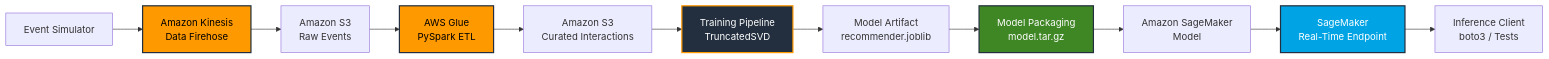
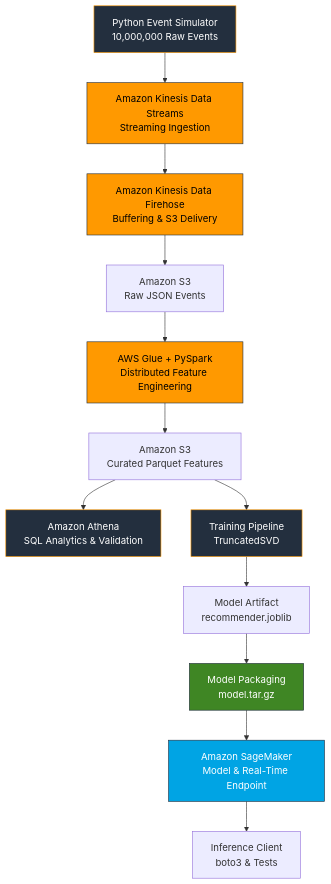
Before and after one commit to mismael04/streaming-ecommerce-recommendation-ml: the diagram in README.md, drawn with Mermaid. The commit also changed other lines of this file and 10 other files, not shown here.

````diff
--- a/README.md
+++ b/README.md
@@ -13,24 +11,28 @@
 ```mermaid
-graph LR
+graph TD
+    A["Python Event Simulator<br/>10,000,000 Raw Events"]
+    B["Amazon Kinesis Data Streams<br/>Streaming Ingestion"]
+    C["Amazon Kinesis Data Firehose<br/>Buffering & S3 Delivery"]
+    D["Amazon S3<br/>Raw JSON Events"]
+    E["AWS Glue + PySpark<br/>Distributed Feature Engineering"]
+    F["Amazon S3<br/>Curated Parquet Features"]
+    G["Amazon Athena<br/>SQL Analytics & Validation"]
+    H["Training Pipeline<br/>TruncatedSVD"]
+    I["Model Artifact<br/>recommender.joblib"]
+    J["Model Packaging<br/>model.tar.gz"]
+    K["Amazon SageMaker<br/>Model & Real-Time Endpoint"]
+    L["Inference Client<br/>boto3 & Tests"]
 
-    A[Event Simulator] --> B[Amazon Kinesis<br/>Data Firehose]
-    B --> C[Amazon S3<br/>Raw Events]
+    A --> B --> C --> D --> E --> F
+    F --> G
+    F --> H --> I --> J --> K --> L
 
-    C --> D[AWS Glue<br/>PySpark ETL]
-    D --> E[Amazon S3<br/>Curated Interactions]
-
-    E --> F[Training Pipeline<br/>TruncatedSVD]
-    F --> G[Model Artifact<br/>recommender.joblib]
-
-    G --> H[Model Packaging<br/>model.tar.gz]
-    H --> I[Amazon SageMaker<br/>Model]
-    I --> J[SageMaker<br/>Real-Time Endpoint]
-
-    J --> K[Inference Client<br/>boto3 / Tests]
-
-    style B fill:#FF9900,stroke:#232F3E,stroke-width:2px,color:#000
-    style D fill:#FF9900,stroke:#232F3E,stroke-width:2px,color:#000
-    style F fill:#232F3E,stroke:#FF9900,stroke-width:2px,color:#fff
-    style H fill:#3F8624,stroke:#232F3E,stroke-width:2px,color:#fff
-    style J fill:#00A4E4,stroke:#232F3E,stroke-width:2px,color:#fff
+    style A fill:#232F3E,stroke:#FF9900,color:#fff
+    style B fill:#FF9900,stroke:#232F3E,color:#000
+    style C fill:#FF9900,stroke:#232F3E,color:#000
+    style E fill:#FF9900,stroke:#232F3E,color:#000
+    style G fill:#232F3E,stroke:#FF9900,color:#fff
+    style H fill:#232F3E,stroke:#FF9900,color:#fff
+    style J fill:#3F8624,stroke:#232F3E,color:#fff
+    style K fill:#00A4E4,stroke:#232F3E,color:#fff
 ```
````
